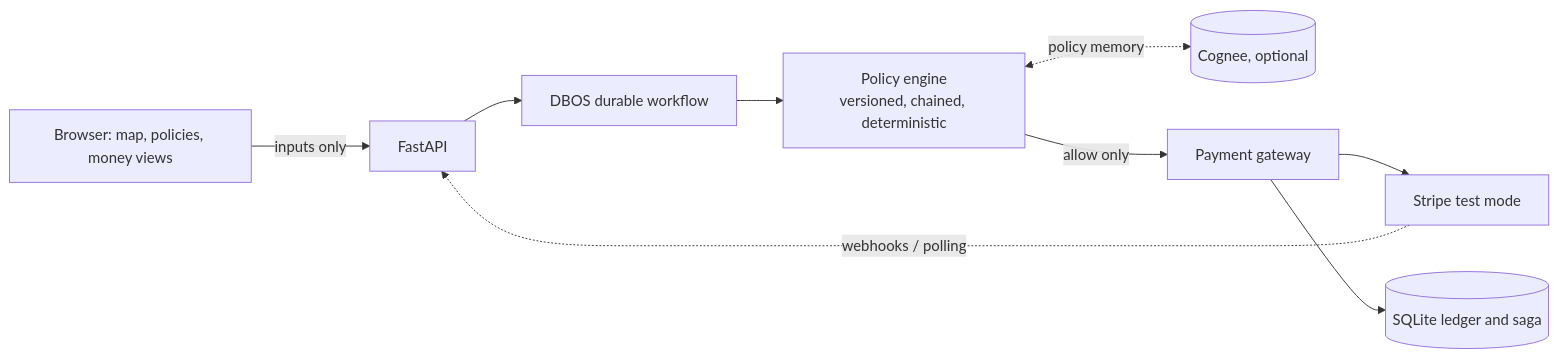
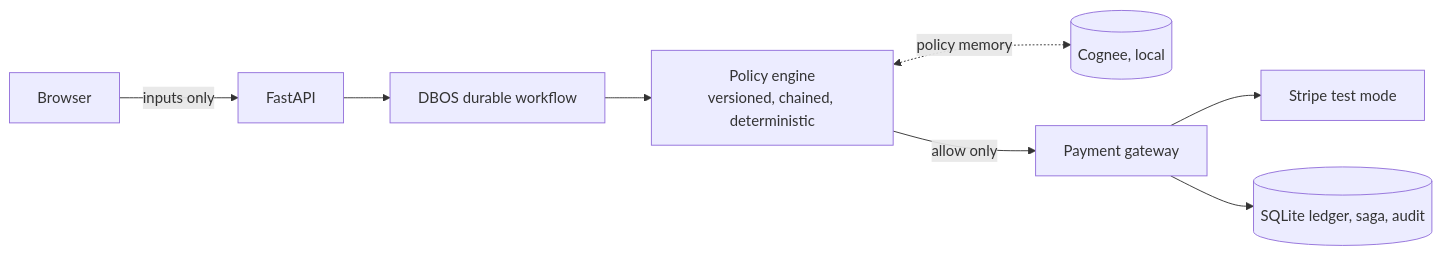
Before and after one commit to Ugbot/agent-treasury: the second of 2 diagrams in README.md, drawn with Mermaid. The commit also changed other lines of this file and 22 other files, not shown here.

First line of the commit message:
docs+feat: README with screen grabs, Docker setup, Cognee memory panel, cleanup

````diff
--- a/README.md
+++ b/README.md
@@ -76,11 +110,10 @@
 ```mermaid
 flowchart LR
-  B[Browser: map, policies, money views] -->|inputs only| A[FastAPI]
+  B[Browser] -->|inputs only| A[FastAPI]
   A --> W[DBOS durable workflow]
   W --> P[Policy engine<br/>versioned, chained, deterministic]
-  P <-.policy memory.-> C[(Cognee, optional)]
+  P <-.policy memory.-> C[(Cognee, local)]
   P -->|allow only| G[Payment gateway]
   G --> S[Stripe test mode]
-  G --> L[(SQLite ledger and saga)]
-  S -.webhooks / polling.-> A
+  G --> L[(SQLite ledger, saga, audit)]
 ```
````
